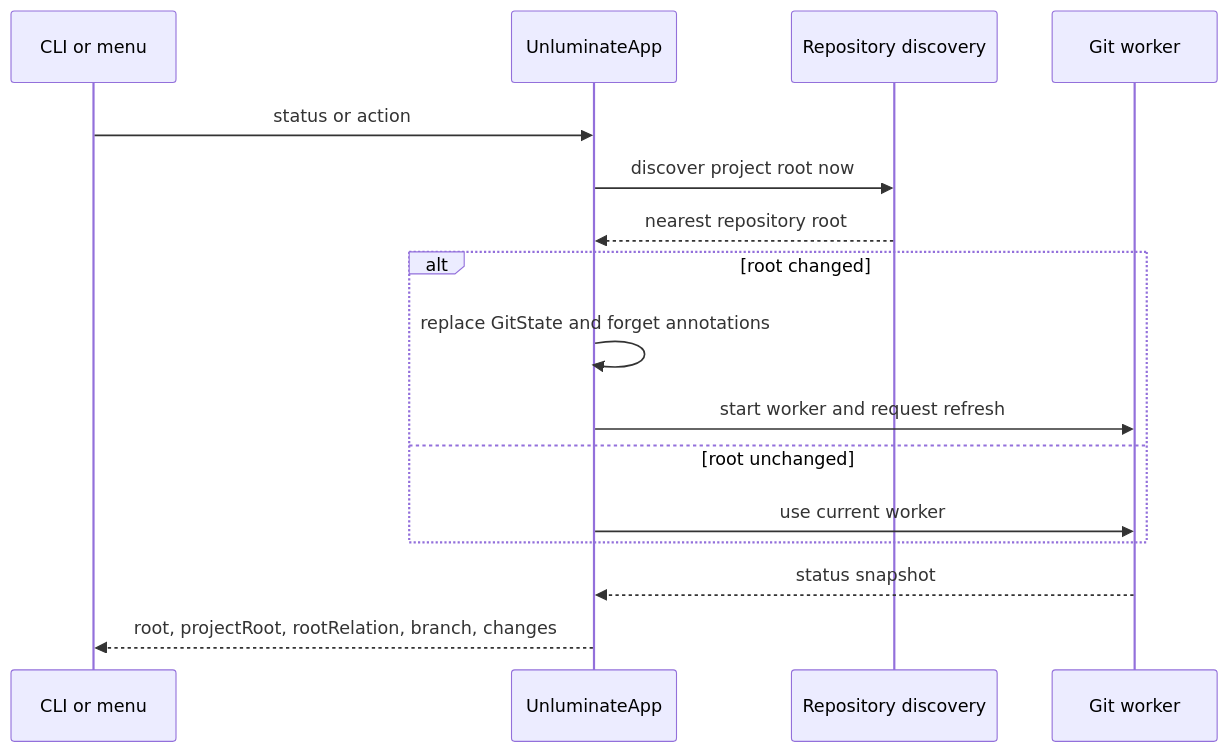
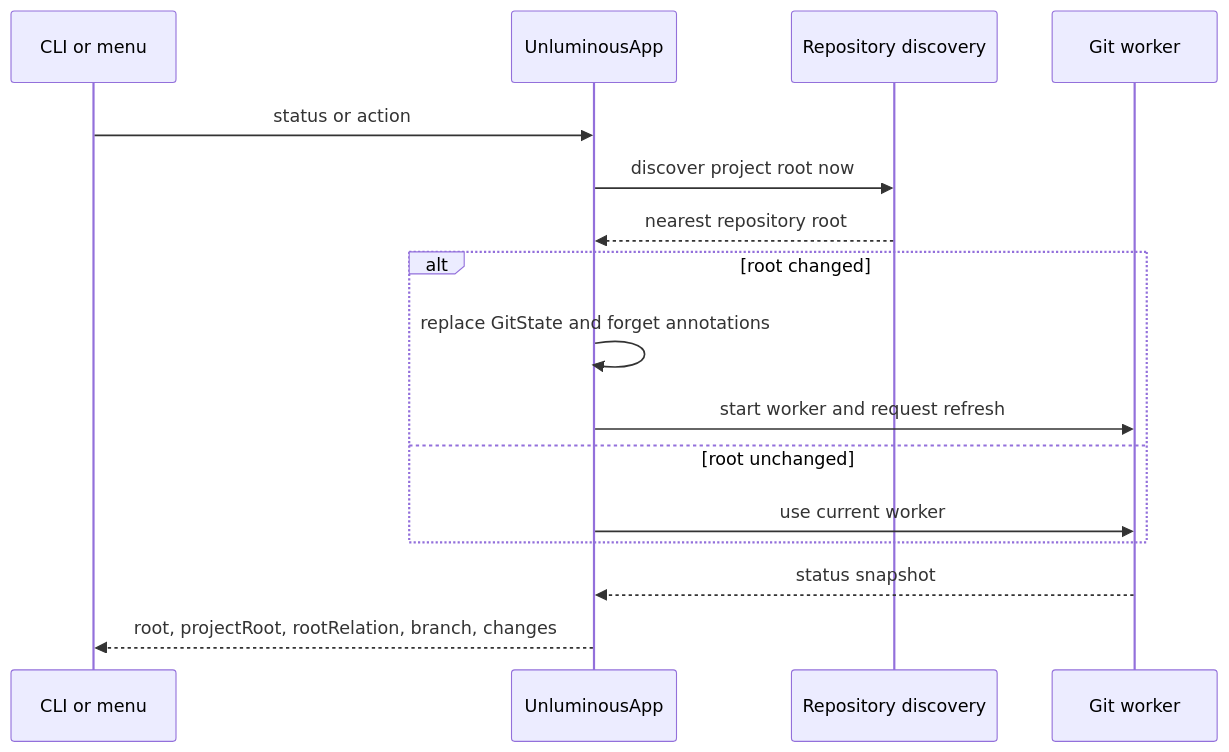
Before and after one commit to Black-Rainbow-Labs/Unluminous: the second of 3 diagrams in tasks/task-1701-git-root-refresh-tdd.md, drawn with Mermaid. The commit also changed other lines of this file and 1327 other files, not shown here.

````diff
--- a/tasks/task-1701-git-root-refresh-tdd.md
+++ b/tasks/task-1701-git-root-refresh-tdd.md
@@ -57,18 +57,18 @@
 ```mermaid
 sequenceDiagram
     participant C as CLI or menu
-    participant A as UnluminateApp
+    participant A as UnluminousApp
     participant G as Repository discovery
     participant W as Git worker
     C->>A: status or action
     A->>G: discover project root now
     G-->>A: nearest repository root
     alt root changed
         A->>A: replace GitState and forget annotations
         A->>W: start worker and request refresh
     else root unchanged
         A->>W: use current worker
     end
     W-->>A: status snapshot
     A-->>C: root, projectRoot, rootRelation, branch, changes
 ```
````
